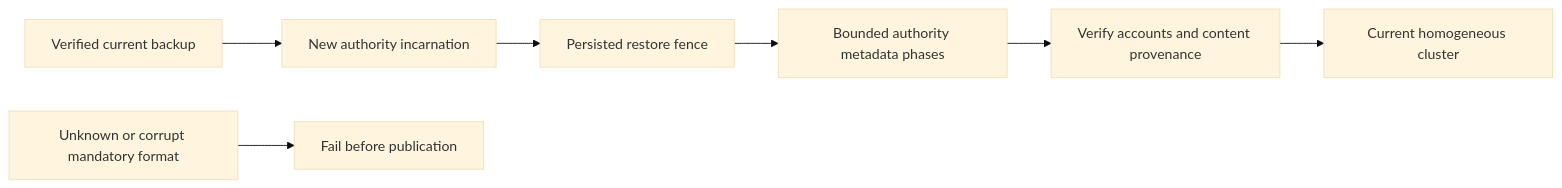
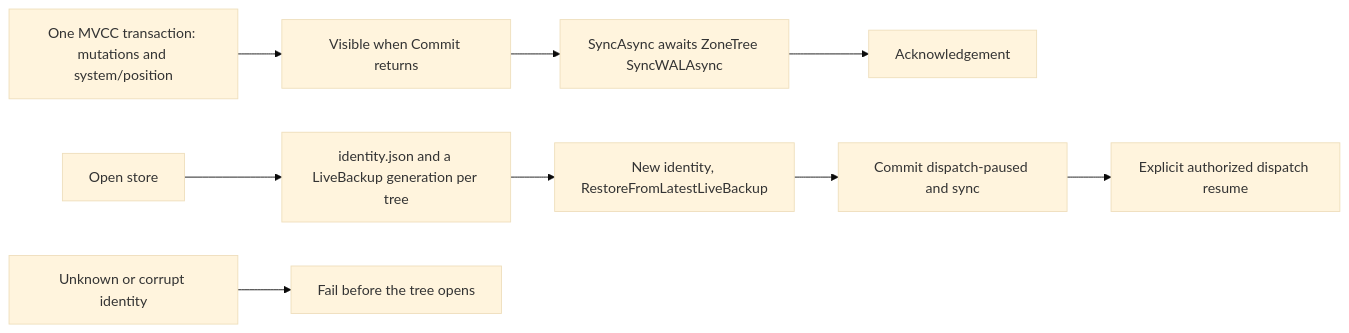
One commit to managedcode/KeyLoad changed the diagram in docs/ADR/ADR-011-current-format.md. Above: the diagram before and after it, drawn with Mermaid (base theme). The commit also changed other lines of this file and 1072 other files, not shown here.

First line of the commit message:
Use native ZoneTree storage, snapshots and backup operations

````diff
--- a/docs/ADR/ADR-011-current-format.md
+++ b/docs/ADR/ADR-011-current-format.md
@@ -159,9 +66,11 @@
 ```mermaid
 flowchart LR
-    Backup[Verified current backup] --> Restore[New authority incarnation]
-    Restore --> Fence[Persisted restore fence]
-    Fence --> Normalize[Bounded authority metadata phases]
-    Normalize --> Verify[Verify accounts and content provenance]
-    Verify --> Serve[Current homogeneous cluster]
-    Unsupported[Unknown or corrupt mandatory format] --> Reject[Fail before publication]
+    Commit[One MVCC transaction: mutations and system/position] --> Visible[Visible when Commit returns]
+    Visible --> Sync[SyncAsync awaits ZoneTree SyncWALAsync]
+    Sync --> Ack[Acknowledgement]
+    Store[Open store] --> Backup[identity.json and a LiveBackup generation per tree]
+    Backup --> Restore[New identity, RestoreFromLatestLiveBackup]
+    Restore --> Pause[Commit dispatch-paused and sync]
+    Pause --> Resume[Explicit authorized dispatch resume]
+    Unsupported[Unknown or corrupt identity] --> Reject[Fail before the tree opens]
 ```
````
